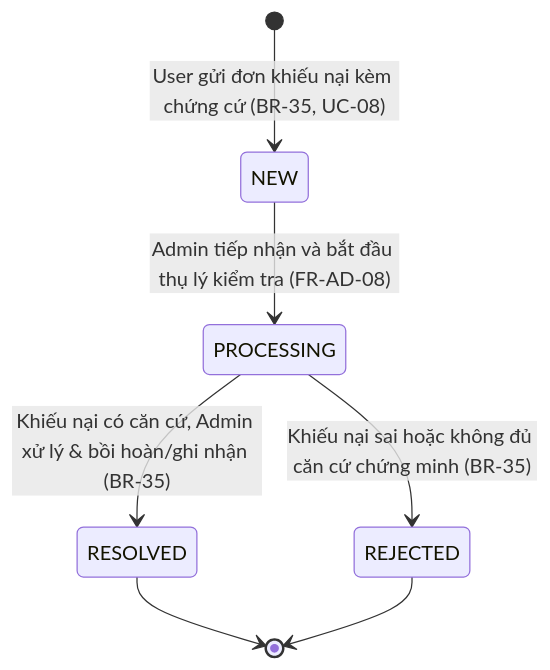
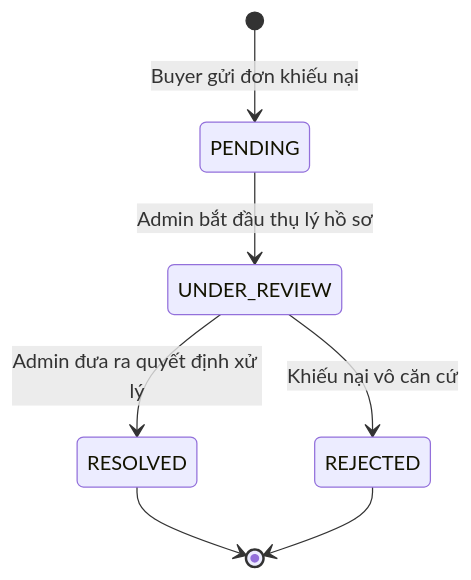
The third of 4 diagrams in docs/STATE_MACHINES.md (CoinSs0903/PROJECT_1), drawn with Mermaid before and after one commit. The commit also changed other lines of this file and 86 other files, not shown here.

Commit message:
feat: complete tasks 0 to 10 with new 14-table ERD for automated proxy bidding system

````diff
--- a/docs/STATE_MACHINES.md
+++ b/docs/STATE_MACHINES.md
@@ -206,12 +109,9 @@
 ```mermaid
 stateDiagram-v2
-    [*] --> NEW: User gửi đơn khiếu nại kèm chứng cứ (BR-35, UC-08)
-
-    NEW --> PROCESSING: Admin tiếp nhận và bắt đầu thụ lý kiểm tra (FR-AD-08)
-    
-    PROCESSING --> RESOLVED: Khiếu nại có căn cứ, Admin xử lý & bồi hoàn/ghi nhận (BR-35)
-    PROCESSING --> REJECTED: Khiếu nại sai hoặc không đủ căn cứ chứng minh (BR-35)
-
+    [*] --> PENDING: Buyer gửi đơn khiếu nại
+    PENDING --> UNDER_REVIEW: Admin bắt đầu thụ lý hồ sơ
+    UNDER_REVIEW --> RESOLVED: Admin đưa ra quyết định xử lý
+    UNDER_REVIEW --> REJECTED: Khiếu nại vô căn cứ
     RESOLVED --> [*]
     REJECTED --> [*]
 ```
````
